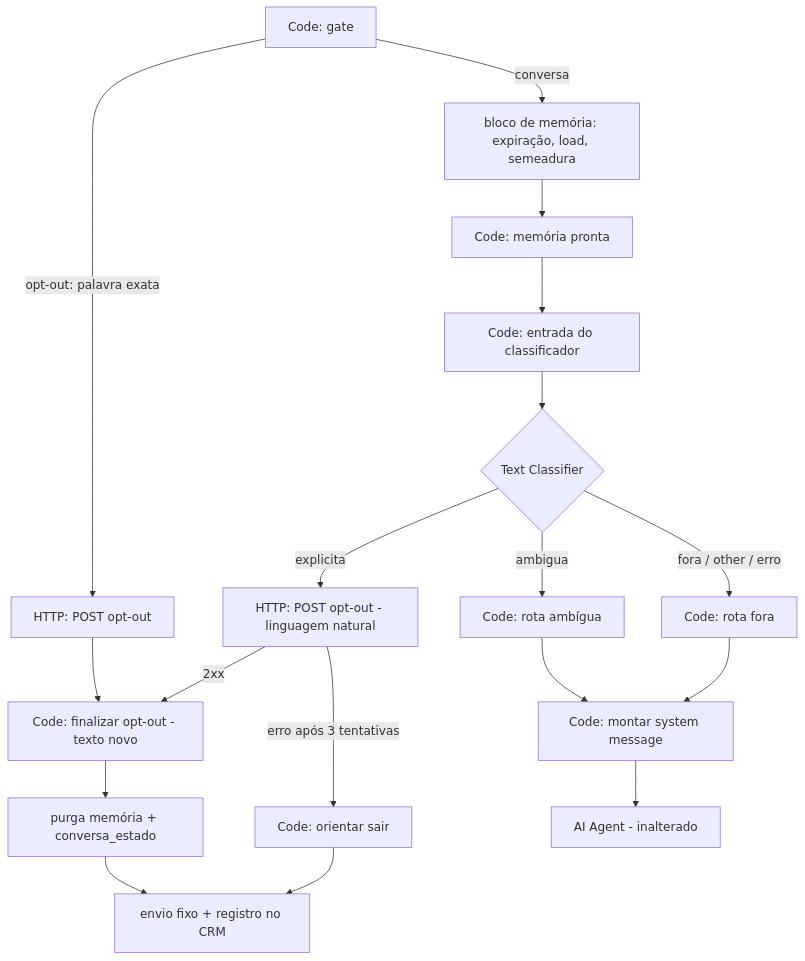
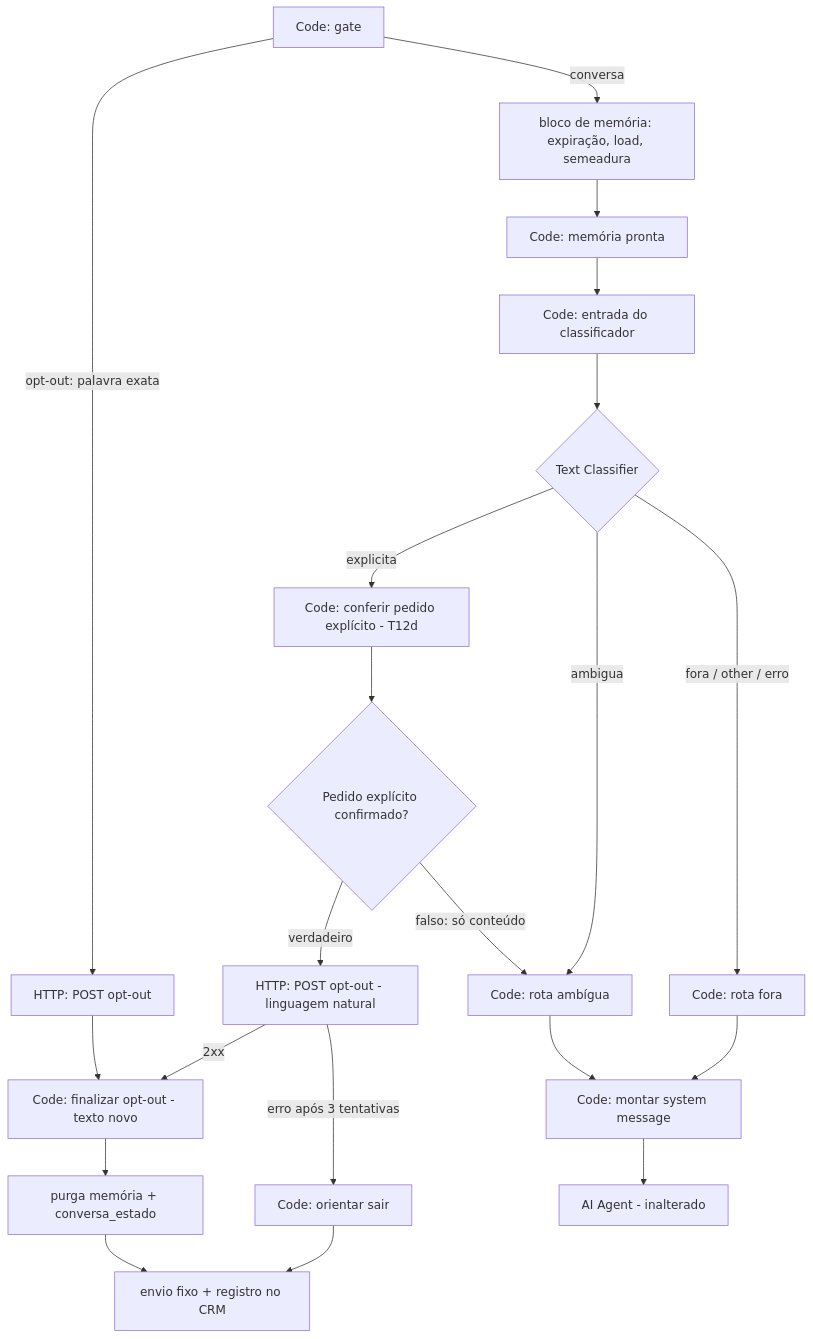
Before and after one commit to Arthur1050/crivo: the diagram in .specs/features/lote-13-opt-out-linguagem-natural/design.md, drawn with Mermaid. The commit also changed other lines of this file and 11 other files, not shown here.

````diff
--- a/.specs/features/lote-13-opt-out-linguagem-natural/design.md
+++ b/.specs/features/lote-13-opt-out-linguagem-natural/design.md
@@ -23,19 +23,22 @@
 ```mermaid
 graph TD
     G[Code: gate] -->|opt-out: palavra exata| POK[HTTP: POST opt-out]
     G -->|conversa| MEM[bloco de memória: expiração, load, semeadura]
     MEM --> CK[Code: memória pronta]
     CK --> IN[Code: entrada do classificador]
     IN --> TC{Text Classifier}
-    TC -->|explicita| PNL[HTTP: POST opt-out - linguagem natural]
+    TC -->|explicita| CONF[Code: conferir pedido explícito - T12d]
+    CONF --> CIF{Pedido explícito confirmado?}
+    CIF -->|verdadeiro| PNL[HTTP: POST opt-out - linguagem natural]
+    CIF -->|falso: só conteúdo| AMB
     TC -->|ambigua| AMB[Code: rota ambígua]
     TC -->|fora / other / erro| FORA[Code: rota fora]
     AMB --> SM[Code: montar system message]
     FORA --> SM
     SM --> AG[AI Agent - inalterado]
     POK --> FIN[Code: finalizar opt-out - texto novo]
     PNL -->|2xx| FIN
     PNL -->|erro após 3 tentativas| FAIL[Code: orientar sair]
     FIN --> PURGE[purga memória + conversa_estado] --> FIX[envio fixo + registro no CRM]
     FAIL --> FIX
 ```
````
